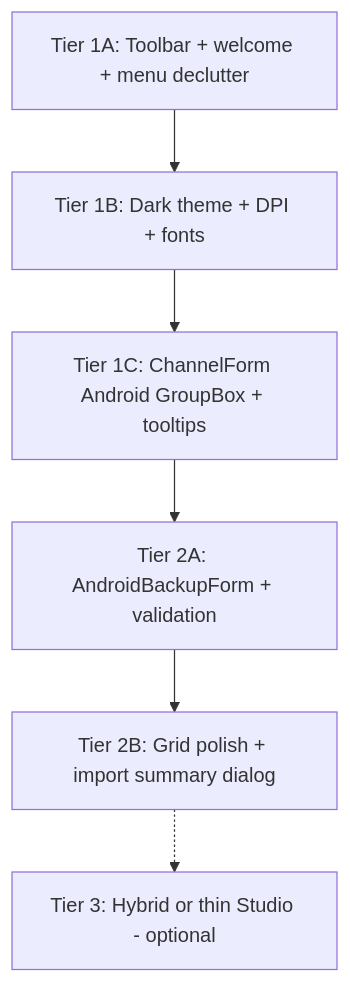
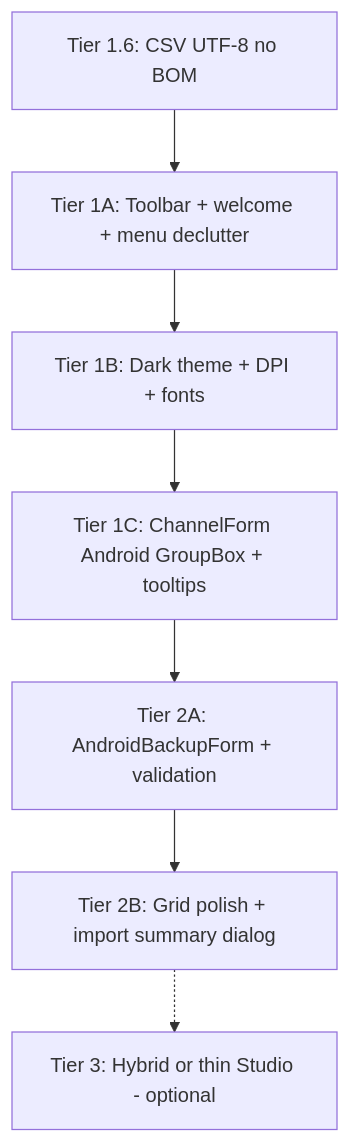
One commit to IIMacGyverII/OpenGD77CPS-Mac changed the diagram in docs/UI_MODERNIZATION_PLAN.md. Above: the diagram before and after it, drawn with Mermaid. The commit also changed other lines of this file and 14 other files, not shown here.

Commit message:
Fork v1.2.1 — UTF-8 CSV no BOM, Android toolbar, UI plan fixes

````diff
--- a/docs/UI_MODERNIZATION_PLAN.md
+++ b/docs/UI_MODERNIZATION_PLAN.md
@@ -384,11 +446,12 @@
 ```mermaid
 flowchart TD
+  A0[Tier 1.6: CSV UTF-8 no BOM]
   A[Tier 1A: Toolbar + welcome + menu declutter]
   B[Tier 1B: Dark theme + DPI + fonts]
   C[Tier 1C: ChannelForm Android GroupBox + tooltips]
   D[Tier 2A: AndroidBackupForm + validation]
   E[Tier 2B: Grid polish + import summary dialog]
   F[Tier 3: Hybrid or thin Studio - optional]
-  A --> B --> C --> D --> E
+  A0 --> A --> B --> C --> D --> E
   E -.-> F
 ```
````
